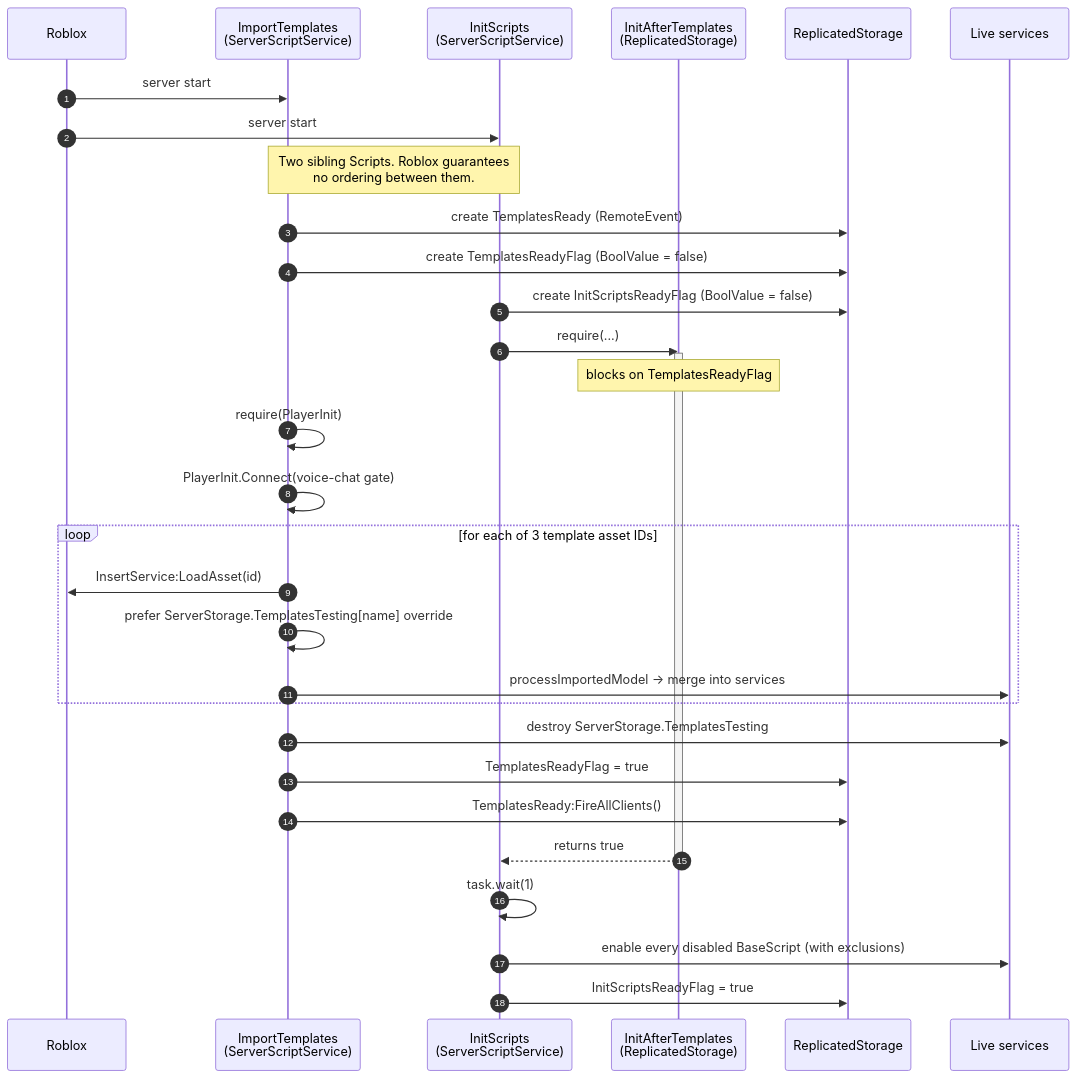
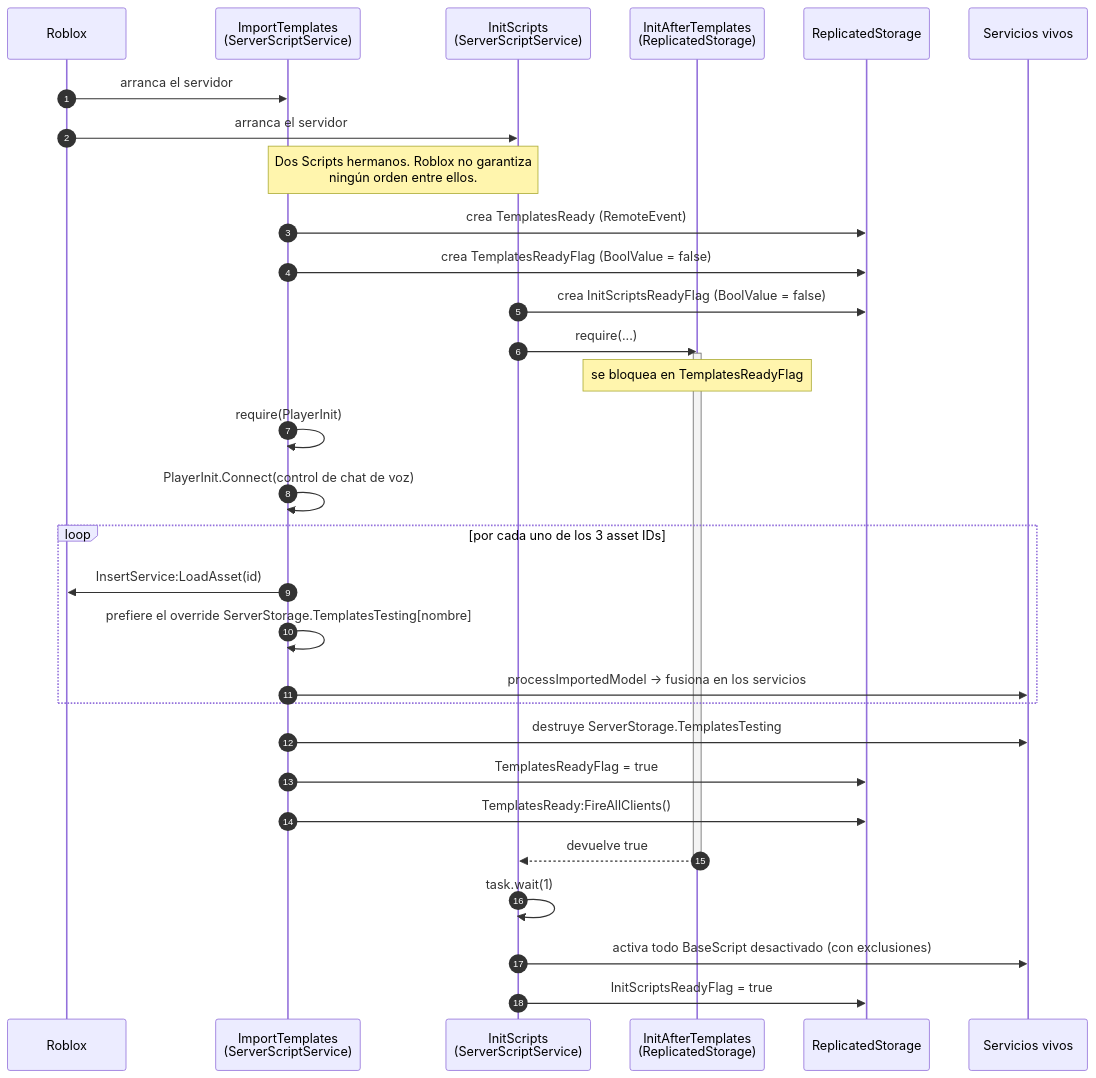
The first of 2 diagrams in docs/architecture/initialization.md (Arclyne/voz-hispana), drawn with Mermaid before and after one commit. The commit also changed other lines of this file and 8 other files, not shown here.

````diff
--- a/docs/architecture/initialization.md
+++ b/docs/architecture/initialization.md
@@ -43,41 +42,41 @@
 ```mermaid
 sequenceDiagram
     autonumber
     participant RBX as Roblox
     participant IT as ImportTemplates<br/>(ServerScriptService)
     participant IS as InitScripts<br/>(ServerScriptService)
     participant IAT as InitAfterTemplates<br/>(ReplicatedStorage)
     participant RS as ReplicatedStorage
-    participant Svc as Live services
+    participant Svc as Servicios vivos
 
-    RBX->>IT: server start
-    RBX->>IS: server start
-    Note over IT,IS: Two sibling Scripts. Roblox guarantees<br/>no ordering between them.
+    RBX->>IT: arranca el servidor
+    RBX->>IS: arranca el servidor
+    Note over IT,IS: Dos Scripts hermanos. Roblox no garantiza<br/>ningún orden entre ellos.
 
-    IT->>RS: create TemplatesReady (RemoteEvent)
-    IT->>RS: create TemplatesReadyFlag (BoolValue = false)
-    IS->>RS: create InitScriptsReadyFlag (BoolValue = false)
+    IT->>RS: crea TemplatesReady (RemoteEvent)
+    IT->>RS: crea TemplatesReadyFlag (BoolValue = false)
+    IS->>RS: crea InitScriptsReadyFlag (BoolValue = false)
 
     IS->>IAT: require(...)
     activate IAT
-    Note over IAT: blocks on TemplatesReadyFlag
+    Note over IAT: se bloquea en TemplatesReadyFlag
 
     IT->>IT: require(PlayerInit)
-    IT->>IT: PlayerInit.Connect(voice-chat gate)
+    IT->>IT: PlayerInit.Connect(control de chat de voz)
 
-    loop for each of 3 template asset IDs
+    loop por cada uno de los 3 asset IDs
         IT->>RBX: InsertService:LoadAsset(id)
-        IT->>IT: prefer ServerStorage.TemplatesTesting[name] override
-        IT->>Svc: processImportedModel -> merge into services
+        IT->>IT: prefiere el override ServerStorage.TemplatesTesting[nombre]
+        IT->>Svc: processImportedModel -> fusiona en los servicios
     end
 
-    IT->>Svc: destroy ServerStorage.TemplatesTesting
+    IT->>Svc: destruye ServerStorage.TemplatesTesting
     IT->>RS: TemplatesReadyFlag = true
     IT->>RS: TemplatesReady:FireAllClients()
 
-    IAT-->>IS: returns true
+    IAT-->>IS: devuelve true
     deactivate IAT
     IS->>IS: task.wait(1)
-    IS->>Svc: enable every disabled BaseScript (with exclusions)
+    IS->>Svc: activa todo BaseScript desactivado (con exclusiones)
     IS->>RS: InitScriptsReadyFlag = true
 ```
````
